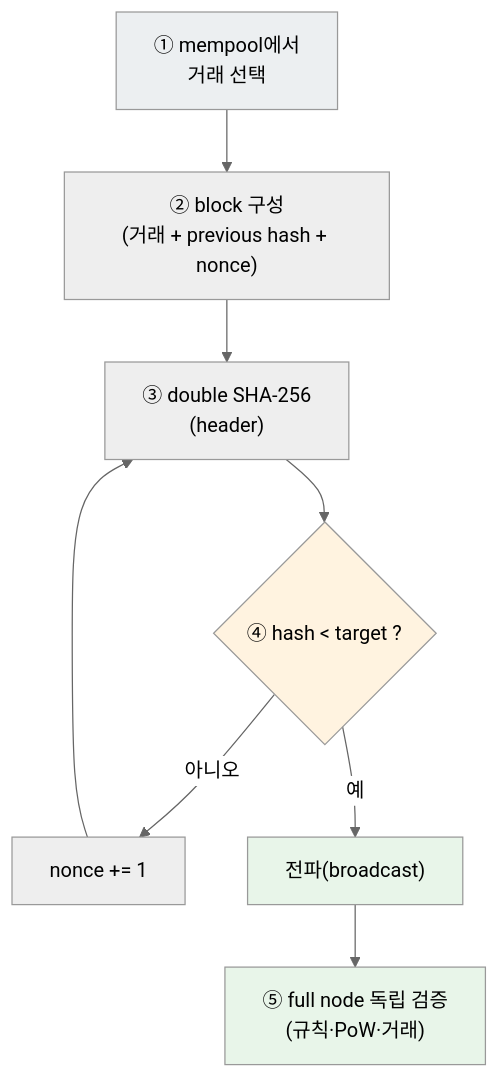
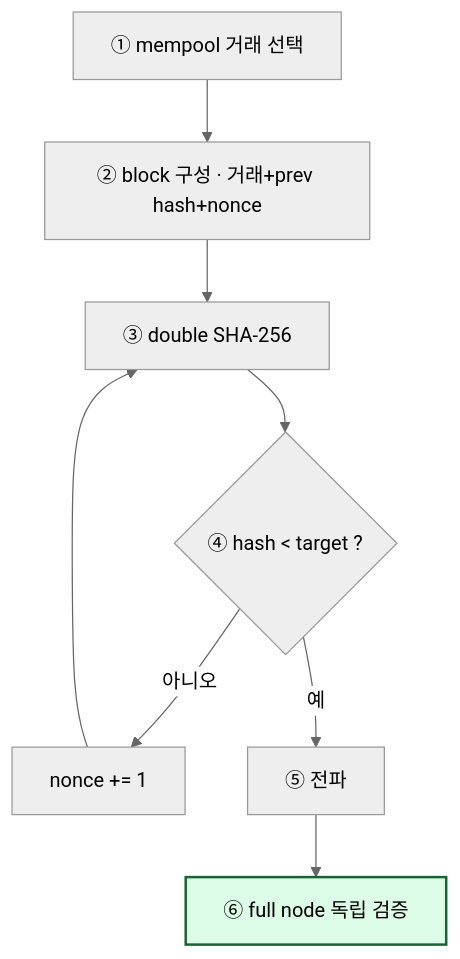
One commit to KMUTMU/information-security changed the fourth of 5 diagrams in 08_블록체인_Shamir_정리.md. Above: the diagram before and after it, drawn with Mermaid (neutral theme). The commit also changed other lines of this file and 5 other files, not shown here.

Commit message:
Mermaid 다이어그램 가독성 개선: 짧은 라벨·이모지 제거·색상 최소화

````diff
--- a/08_블록체인_Shamir_정리.md
+++ b/08_블록체인_Shamir_정리.md
@@ -109,14 +102,11 @@
 ```mermaid
 flowchart TB
-    MP["① mempool에서<br/>거래 선택"] --> BLK["② block 구성<br/>(거래 + previous hash + nonce)"]
-    BLK --> H["③ double SHA-256<br/>(header)"]
+    MP["① mempool 거래 선택"] --> BLK["② block 구성 · 거래+prev hash+nonce"]
+    BLK --> H["③ double SHA-256"]
     H --> CMP{"④ hash < target ?"}
     CMP -->|아니오| INC["nonce += 1"]
     INC --> H
-    CMP -->|예| PROP["전파(broadcast)"]
-    PROP --> VER["⑤ full node 독립 검증<br/>(규칙·PoW·거래)"]
-    style MP fill:#eceff1
-    style CMP fill:#fff3e0
-    style PROP fill:#e8f5e9
-    style VER fill:#e8f5e9
+    CMP -->|예| PROP["⑤ 전파"] --> VER["⑥ full node 독립 검증"]
+    classDef ok fill:#dcfce7,stroke:#166534,stroke-width:2px
+    class VER ok
 ```
````
